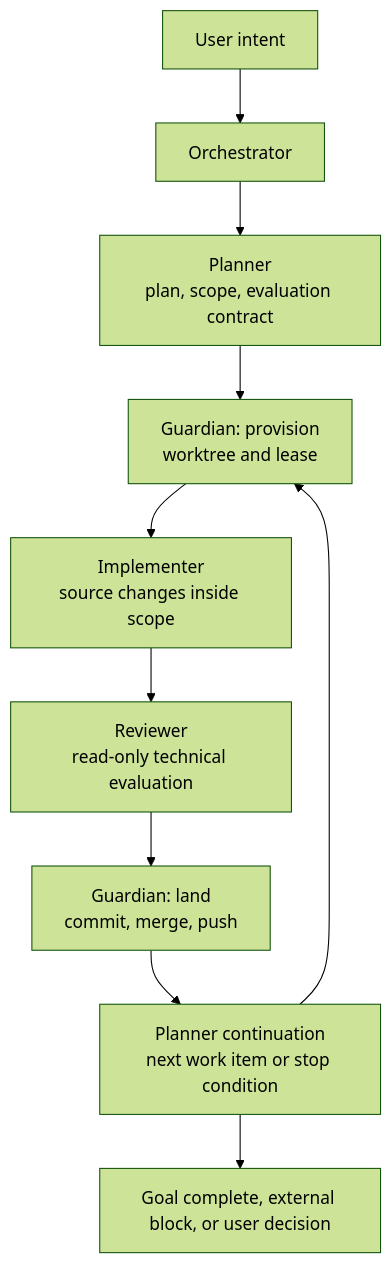
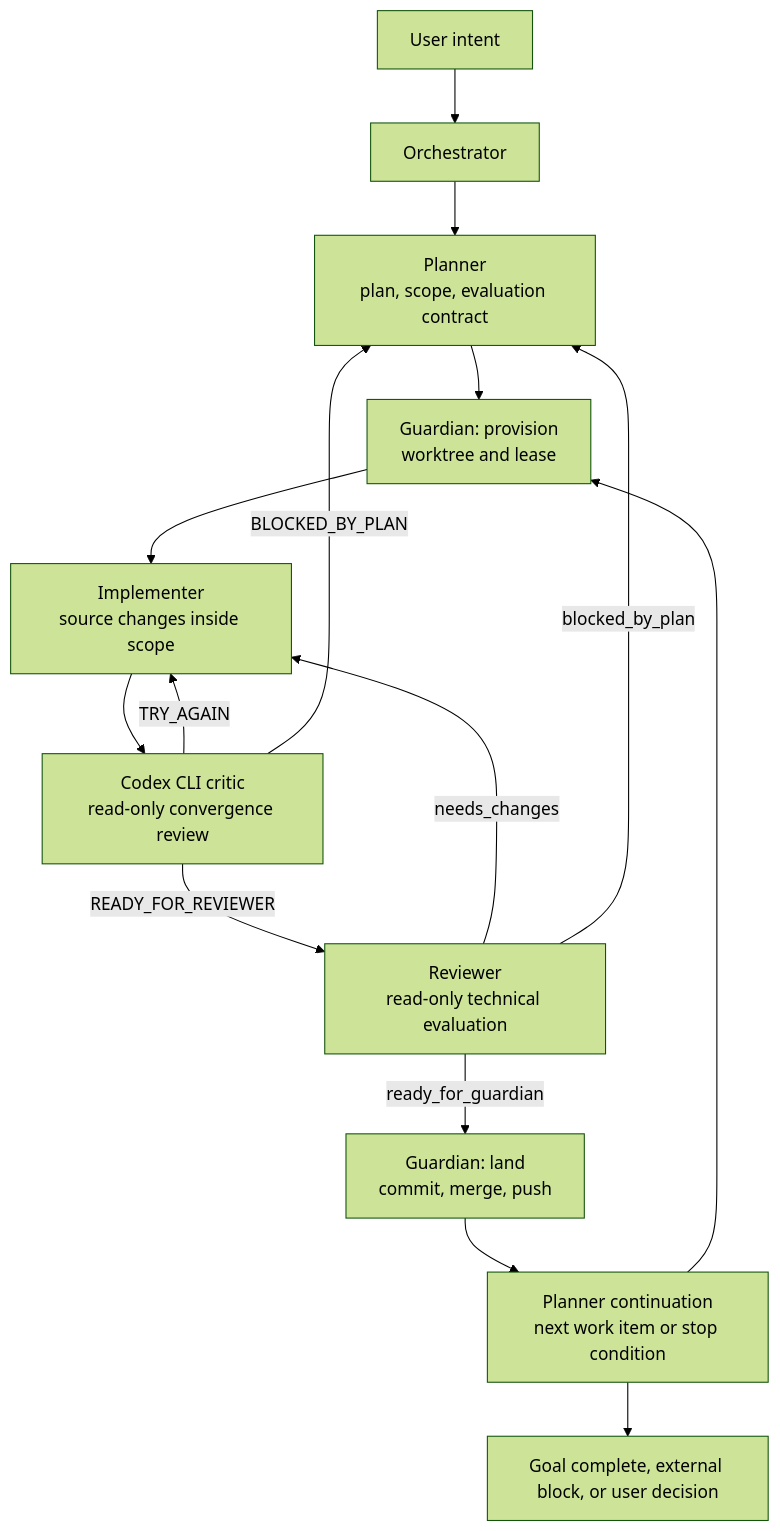
Before and after one commit to juanandresgs/claude-ctrl: the first of 2 diagrams in README.md, drawn with Mermaid (forest theme). The commit also changed other lines of this file and 122 other files, not shown here.

````diff
--- a/README.md
+++ b/README.md
@@ -108,12 +135,17 @@
 ```mermaid
 flowchart TD
     U["User intent"] --> O["Orchestrator"]
     O --> P["Planner<br/>plan, scope, evaluation contract"]
     P --> GP["Guardian: provision<br/>worktree and lease"]
     GP --> I["Implementer<br/>source changes inside scope"]
-    I --> R["Reviewer<br/>read-only technical evaluation"]
-    R --> GL["Guardian: land<br/>commit, merge, push"]
+    I --> C["Codex CLI critic<br/>read-only convergence review"]
+    C -->|"TRY_AGAIN"| I
+    C -->|"BLOCKED_BY_PLAN"| P
+    C -->|"READY_FOR_REVIEWER"| R["Reviewer<br/>read-only technical evaluation"]
+    R -->|"needs_changes"| I
+    R -->|"blocked_by_plan"| P
+    R -->|"ready_for_guardian"| GL["Guardian: land<br/>commit, merge, push"]
     GL --> PC["Planner continuation<br/>next work item or stop condition"]
     PC --> GP
     PC --> T["Goal complete, external block, or user decision"]
 ```
````
